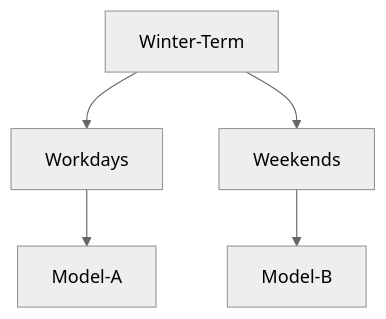
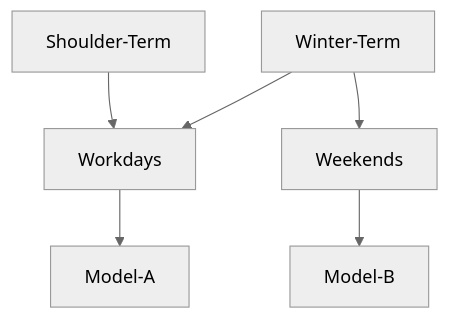
One commit to hajri94/Predictive-Model-for-Heat-Load-in-Buildings-Connected-to-District-Heating-Network changed the diagram in README.md. Above: the diagram before and after it, drawn with Mermaid (neutral theme).

````diff
--- a/README.md
+++ b/README.md
@@ -71,7 +71,8 @@
 ```mermaid
 graph TD;
     Winter-Term-->Workdays;
     Winter-Term-->Weekends;    
     Workdays-->Model-A;        
     Weekends-->Model-B;
+    Shoulder-Term-->Workdays
 ```
````
